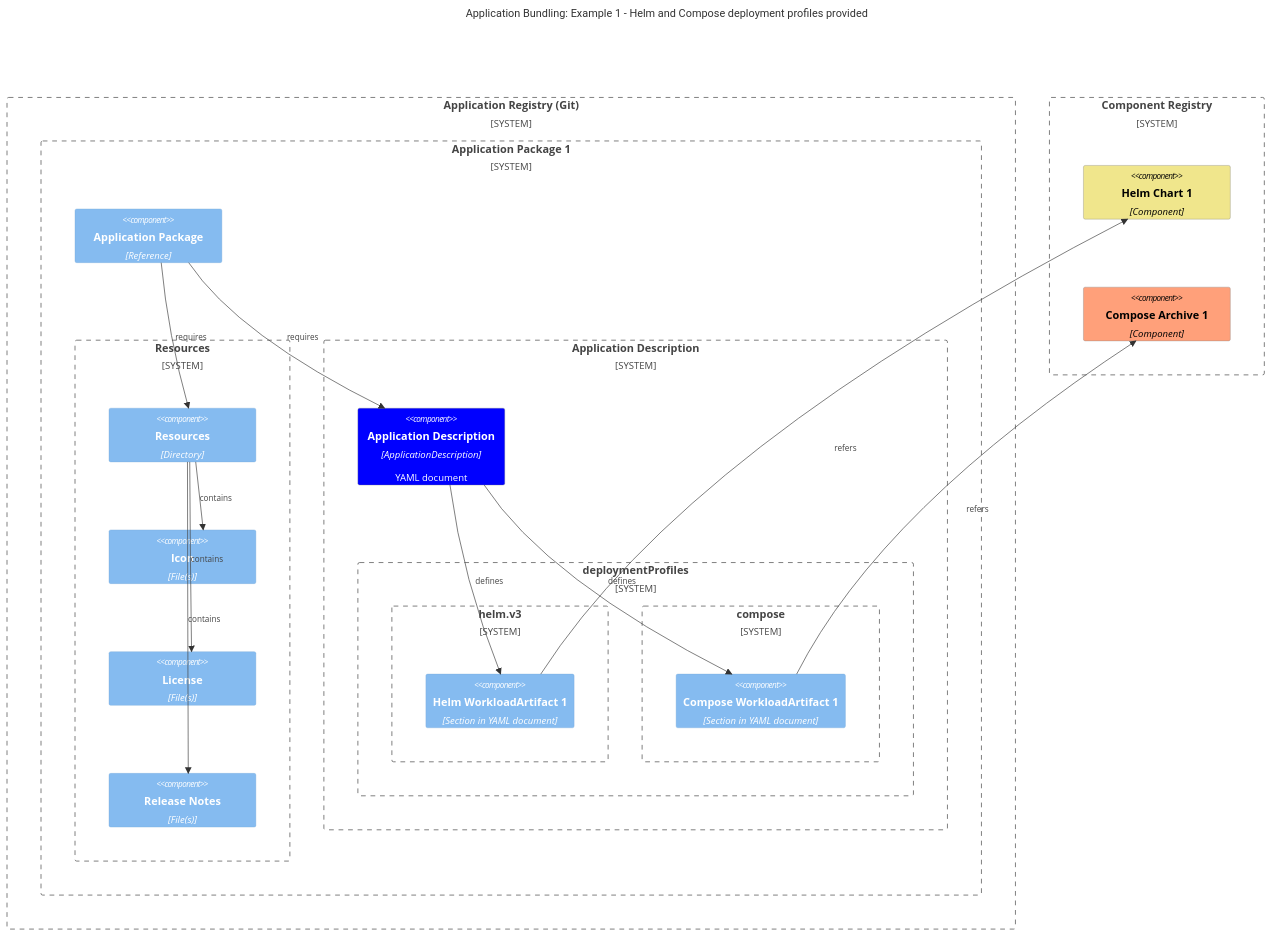
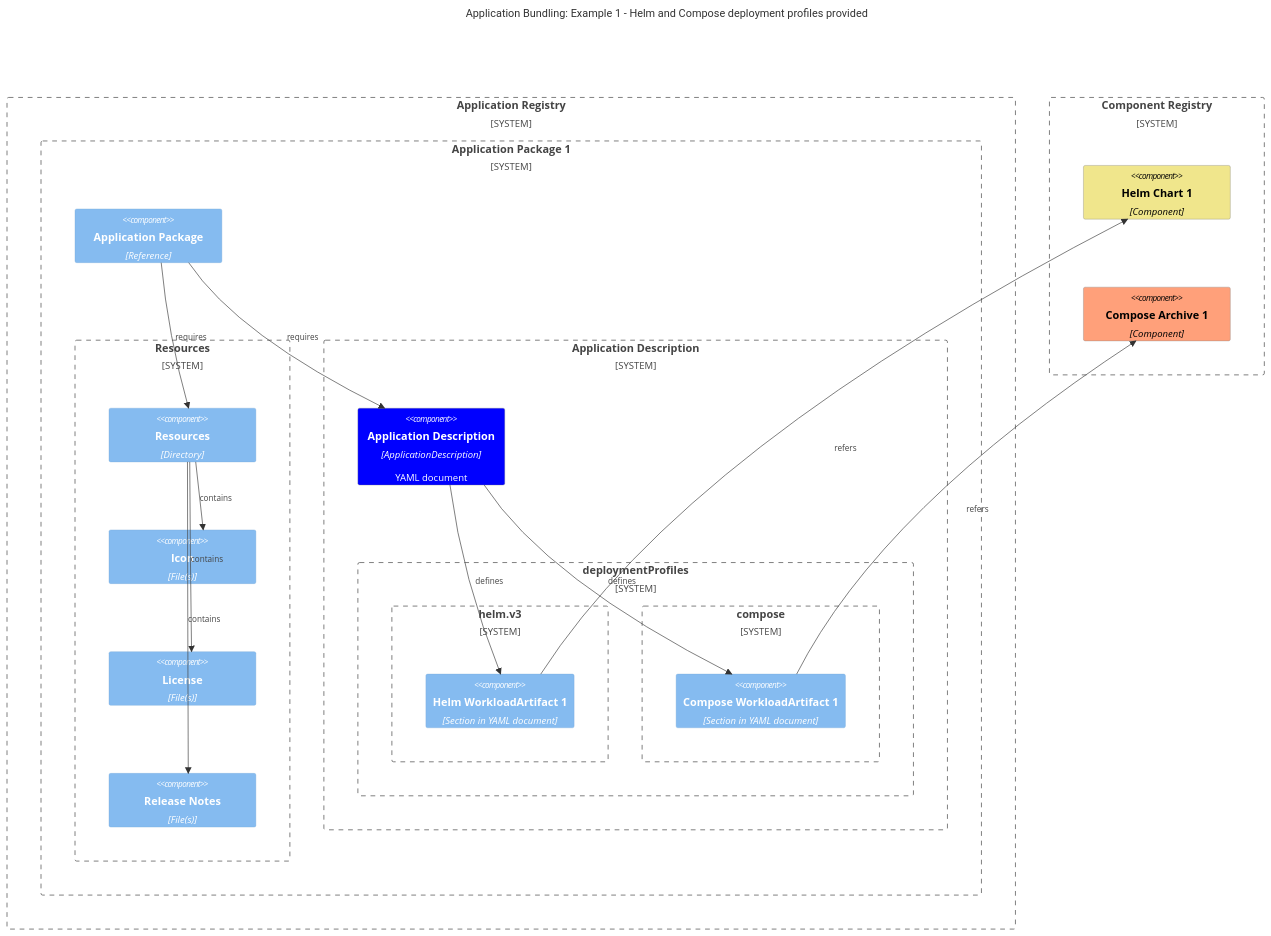
Before and after one commit to margo/general_website_content: the second of 6 diagrams in system-design/personas-and-definitions/software-composition.md, drawn with Mermaid. The commit also changed other lines of this file and 20 other files, not shown here.

````diff
--- a/system-design/personas-and-definitions/software-composition.md
+++ b/system-design/personas-and-definitions/software-composition.md
@@ -69,49 +69,49 @@
 ```mermaid
 C4Component
     title Application Bundling: Example 1 - Helm and Compose deployment profiles provided
 
-    System_Boundary(ar, "Application Registry (Git)") {
+    System_Boundary(ar, "Application Registry") {
         System_Boundary(ab1, "Application Package 1") {
             Component(atb1, "Application Package", "Reference")
 
             System_Boundary(c99, "Resources") {
                 Component(rd, "Resources", "Directory")
                 Component(ic, "Icon", "File(s)")
                 Component(lc, "License", "File(s)")
                 Component(rn, "Release Notes", "File(s)")
                 Rel(rd, ic, "contains")
                 Rel(rd, lc, "contains")
                 Rel(rd, rn, "contains")
             }
 
             System_Boundary(c1, "Application Description") {
                 Component(ad, "Application Description", "ApplicationDescription", "YAML document")
                 System_Boundary(c2, "deploymentProfiles") {
                     System_Boundary(c3, "helm.v3") {
                         Component(wldh1, "Helm WorkloadArtifact 1", "Section in YAML document")
                     }
                     System_Boundary(c4, "compose") {
                         Component(wldc1, "Compose WorkloadArtifact 1", "Section in YAML document")
                     }
                 }
                 Rel(ad,wldh1, "defines")
                 Rel(ad,wldc1, "defines")
             }
 
             Rel(atb1, ad, "requires")
             Rel(atb1, rd, "requires")
         }
     }
 
     System_Boundary(crr, "Component Registry") {
         Component(hc1, "Helm Chart 1", "Component")
         Component(cc1, "Compose Archive 1", "Component")
     }
 
     Rel(wldh1, hc1, "refers")
     Rel(wldc1, cc1, "refers")
 
     UpdateElementStyle(ad, $fontColor="white", $bgColor="blue", $borderColor="grey")
     UpdateElementStyle(hc1, $fontColor="black", $bgColor="khaki", $borderColor="grey")
     UpdateElementStyle(cc1, $fontColor="black", $bgColor="lightsalmon", $borderColor="grey")
 ```
````
